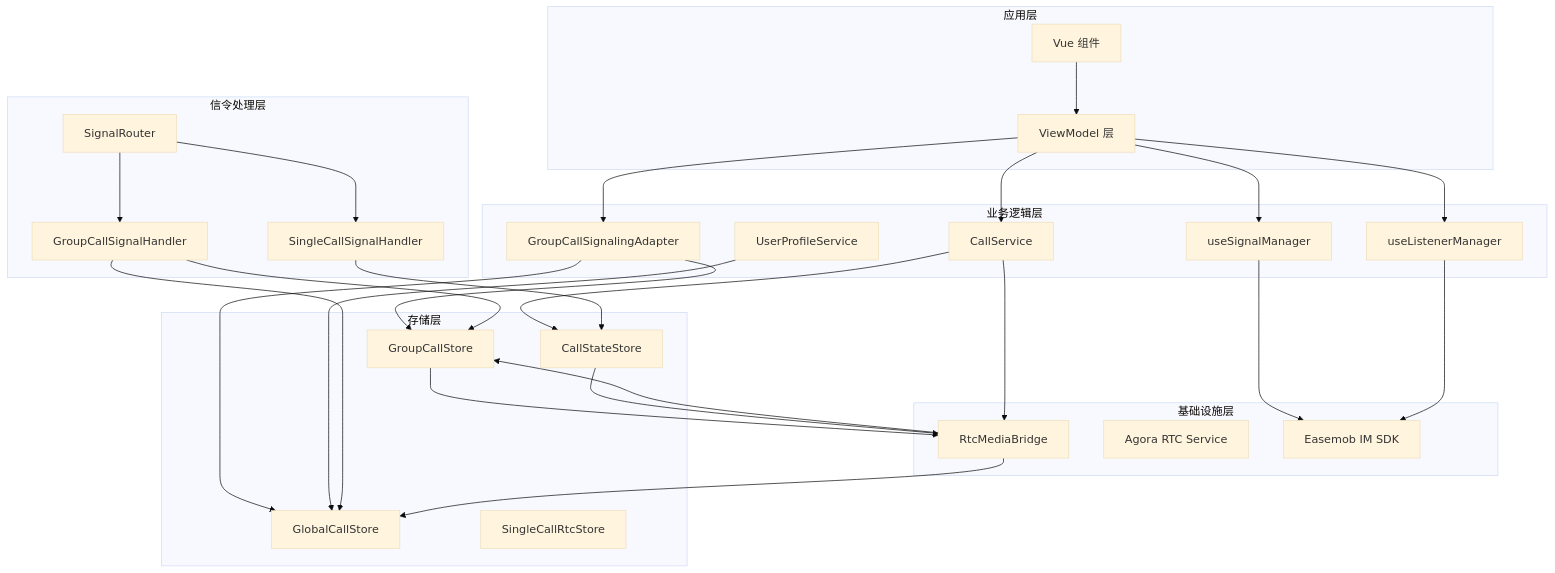
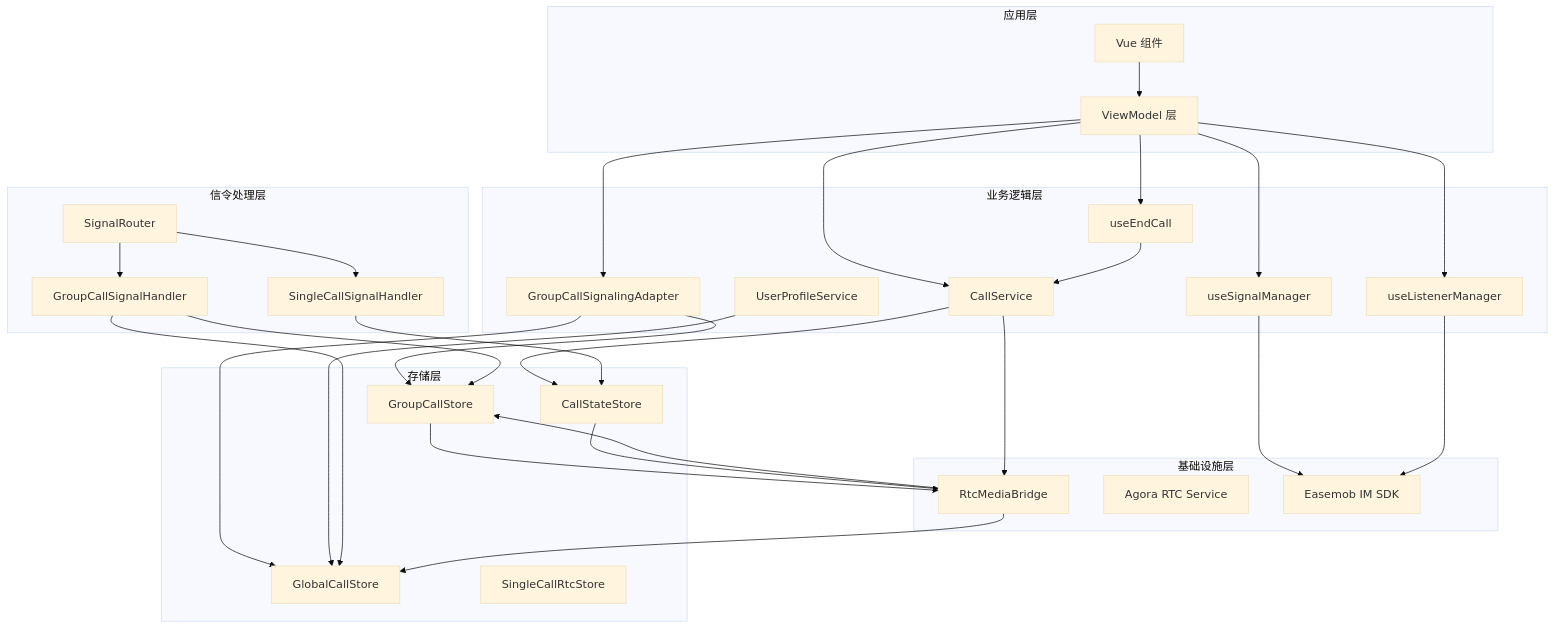
One commit to Easemob-Community/easemob-uikit-callkit-vue3 changed the fifth of 17 diagrams in .qoder/repowiki/zh/content/高级功能/群组通话信号处理器.md. Above: the diagram before and after it, drawn with Mermaid (base theme). The commit also changed other lines of this file and 12 other files, not shown here.

````diff
--- a/.qoder/repowiki/zh/content/高级功能/群组通话信号处理器.md
+++ b/.qoder/repowiki/zh/content/高级功能/群组通话信号处理器.md
@@ -222,51 +231,54 @@
 ```mermaid
 graph TB
 subgraph "应用层"
 UI[Vue 组件]
 VM[ViewModel 层]
 end
 subgraph "业务逻辑层"
 GSA[GroupCallSignalingAdapter]
 CS[CallService]
 USM[useSignalManager]
 ULM[useListenerManager]
 UPS[UserProfileService]
+UEC[useEndCall]
 end
 subgraph "存储层"
 GCS[GroupCallStore]
 GCS3[GlobalCallStore]
 CS2[CallStateStore]
 SCRS[SingleCallRtcStore]
 end
 subgraph "信令处理层"
 SR[SignalRouter]
 GCH[GroupCallSignalHandler]
 SCH[SingleCallSignalHandler]
 end
 subgraph "基础设施层"
 RMB[RtcMediaBridge]
 RTC[Agora RTC Service]
 IM[Easemob IM SDK]
 end
 UI --> VM
 VM --> GSA
 VM --> CS
 VM --> USM
 VM --> ULM
+VM --> UEC
 GSA --> GCS
 GSA --> GCS3
 CS --> CS2
 CS --> RMB
 USM --> IM
 ULM --> IM
 UPS --> GCS3
+UEC --> CS
 SR --> GCH
 SR --> SCH
 GCH --> GCS
 GCH --> GCS3
 SCH --> CS2
 GCS --> RMB
 CS2 --> RMB
 RMB --> GCS
 RMB --> GCS3
 ```
````
